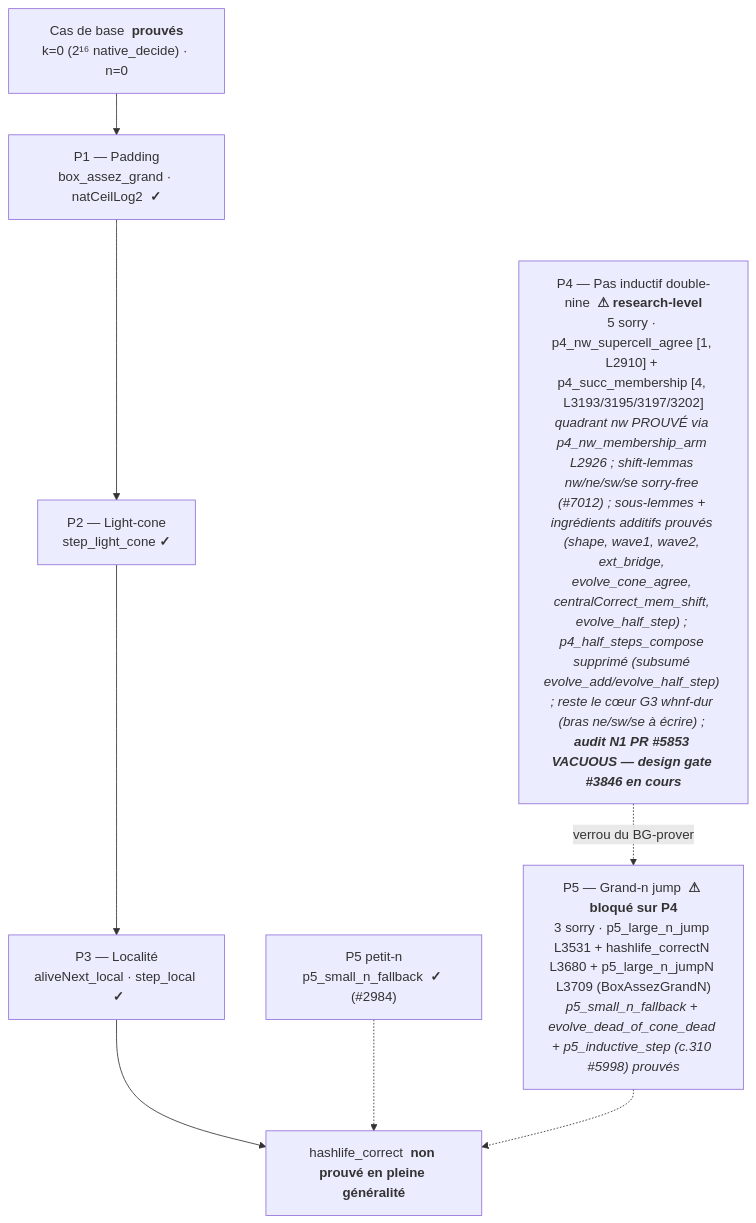
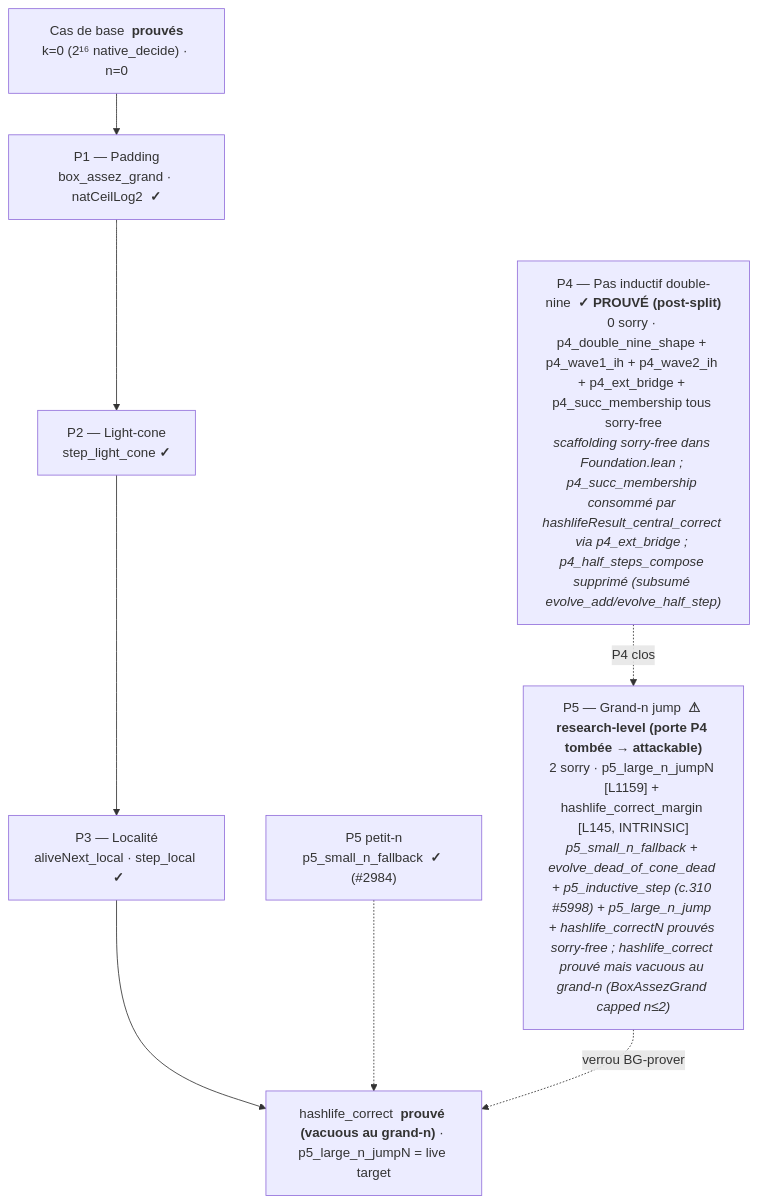
One commit to jsboige/CoursIA changed the second of 2 diagrams in MyIA.AI.Notebooks/SymbolicAI/Lean/conway_lean/README.md. Above: the diagram before and after it, drawn with Mermaid. The commit also changed other lines of this file and 1 other file, not shown here.

````diff
--- a/MyIA.AI.Notebooks/SymbolicAI/Lean/conway_lean/README.md
+++ b/MyIA.AI.Notebooks/SymbolicAI/Lean/conway_lean/README.md
@@ -172,15 +147,15 @@
 ```mermaid
 flowchart TD
     BASE["Cas de base  <b>prouvés</b><br/>k=0 (2¹⁶ native_decide) · n=0"]
     P1["P1 — Padding<br/>box_assez_grand · natCeilLog2  <b>✓</b>"]
     P2["P2 — Light-cone<br/>step_light_cone  <b>✓</b>"]
     P3["P3 — Localité<br/>aliveNext_local · step_local  <b>✓</b>"]
     P5S["P5 petit-n<br/>p5_small_n_fallback  <b>✓</b> (#2984)"]
-    P4["P4 — Pas inductif double-nine  <b>⚠ research-level</b><br/>5 sorry · p4_nw_supercell_agree [1, L2910] + p4_succ_membership [4, L3193/3195/3197/3202]<br/><i>quadrant nw PROUVÉ via p4_nw_membership_arm L2926 ; shift-lemmas nw/ne/sw/se sorry-free (#7012) ; sous-lemmes + ingrédients additifs prouvés (shape, wave1, wave2, ext_bridge, evolve_cone_agree, centralCorrect_mem_shift, evolve_half_step) ; p4_half_steps_compose supprimé (subsumé evolve_add/evolve_half_step) ; reste le cœur G3 whnf-dur (bras ne/sw/se à écrire) ; <b>audit N1 PR #5853 VACUOUS — design gate #3846 en cours</b></i>"]
-    P5["P5 — Grand-n jump  <b>⚠ bloqué sur P4</b><br/>3 sorry · p5_large_n_jump L3531 + hashlife_correctN L3680 + p5_large_n_jumpN L3709 (BoxAssezGrandN)<br/><i>p5_small_n_fallback + evolve_dead_of_cone_dead + p5_inductive_step (c.310 #5998) prouvés</i>"]
-    GOAL["hashlife_correct  <b>non prouvé en pleine généralité</b>"]
+    P4["P4 — Pas inductif double-nine  <b>✓ PROUVÉ (post-split)</b><br/>0 sorry · p4_double_nine_shape + p4_wave1_ih + p4_wave2_ih + p4_ext_bridge + p4_succ_membership tous sorry-free<br/><i>scaffolding sorry-free dans Foundation.lean ; p4_succ_membership consommé par hashlifeResult_central_correct via p4_ext_bridge ; p4_half_steps_compose supprimé (subsumé evolve_add/evolve_half_step)</i>"]
+    P5["P5 — Grand-n jump  <b>⚠ research-level (porte P4 tombée → attackable)</b><br/>2 sorry · p5_large_n_jumpN [L1159] + hashlife_correct_margin [L145, INTRINSIC]<br/><i>p5_small_n_fallback + evolve_dead_of_cone_dead + p5_inductive_step (c.310 #5998) + p5_large_n_jump + hashlife_correctN prouvés sorry-free ; hashlife_correct prouvé mais vacuous au grand-n (BoxAssezGrand capped n≤2)</i>"]
+    GOAL["hashlife_correct  <b>prouvé (vacuous au grand-n)</b> · p5_large_n_jumpN = live target"]
 
     BASE --> P1 --> P2 --> P3 --> GOAL
     P5S -.-> GOAL
-    P4 -.->|"verrou du BG-prover"| P5 -.-> GOAL
+    P4 -.->|"P4 clos"| P5 -.->|"verrou BG-prover"| GOAL
 ```
````
